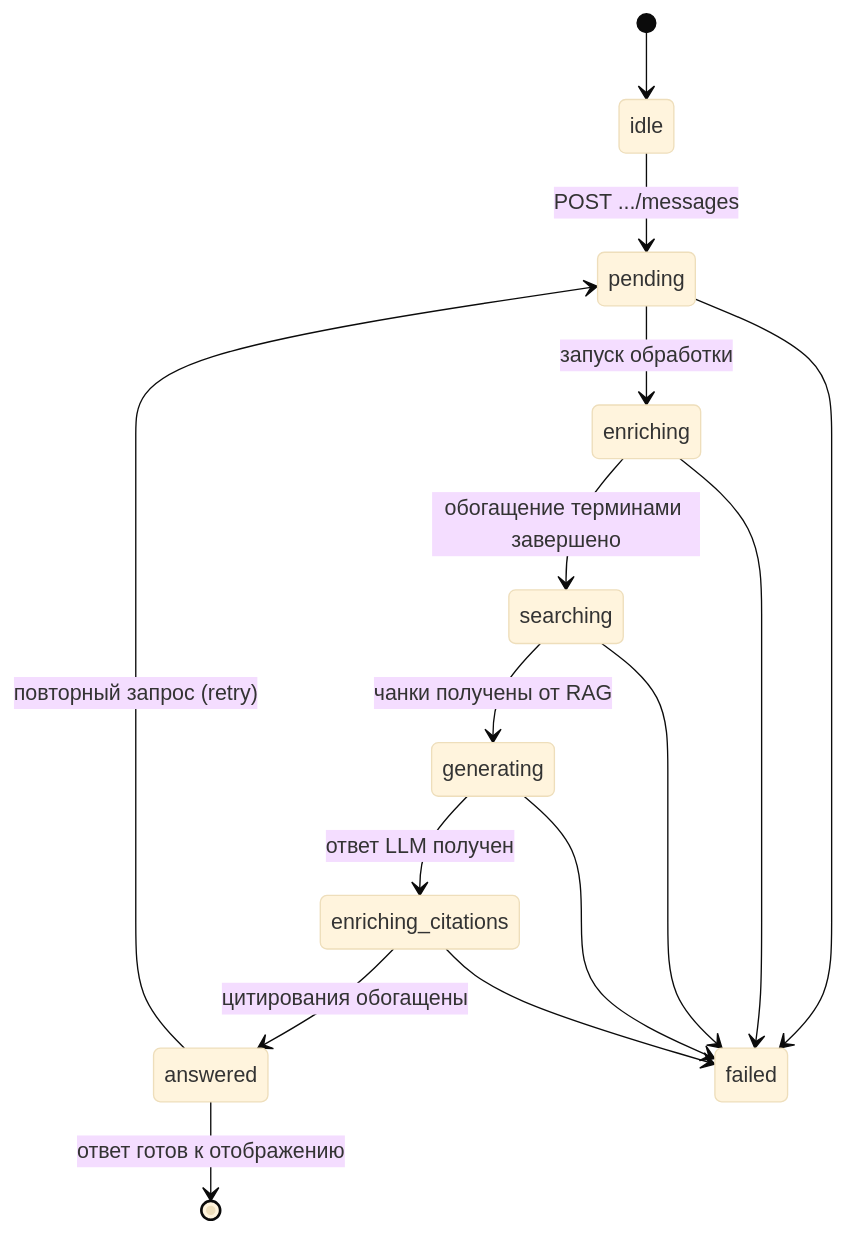
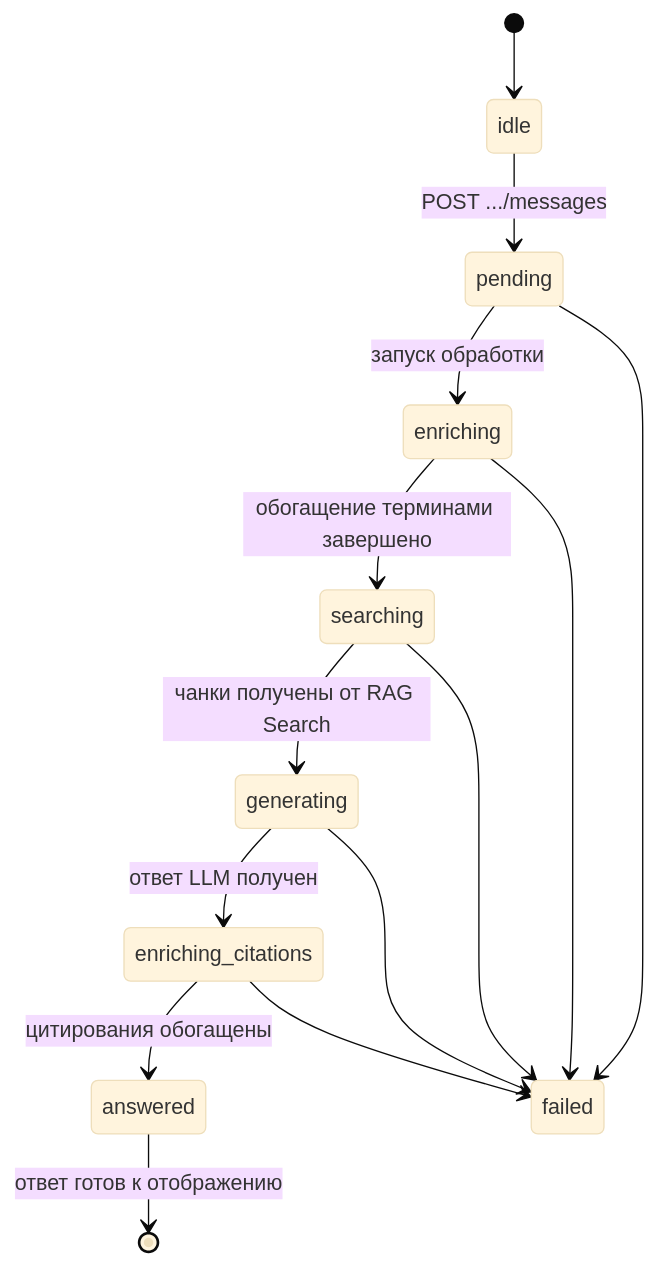
Before and after one commit to MasterKSAF/PKB: the second of 3 diagrams in backend/gateway_service/docs/pipeline3-search.md, drawn with Mermaid (base theme). The commit also changed other lines of this file and 23 other files, not shown here.

````diff
--- a/backend/gateway_service/docs/pipeline3-search.md
+++ b/backend/gateway_service/docs/pipeline3-search.md
@@ -163,19 +163,17 @@
 ```mermaid
 stateDiagram-v2
     [*] --> idle
     idle --> pending : POST .../messages
     pending --> enriching : запуск обработки
     enriching --> searching : обогащение терминами завершено
-    searching --> generating : чанки получены от RAG
+    searching --> generating : чанки получены от RAG Search
     generating --> enriching_citations : ответ LLM получен
     enriching_citations --> answered : цитирования обогащены
     answered --> [*] : ответ готов к отображению
 
     pending --> failed
     enriching --> failed
     searching --> failed
     generating --> failed
     enriching_citations --> failed
-    
-    answered --> pending : повторный запрос (retry)
 ```
````
